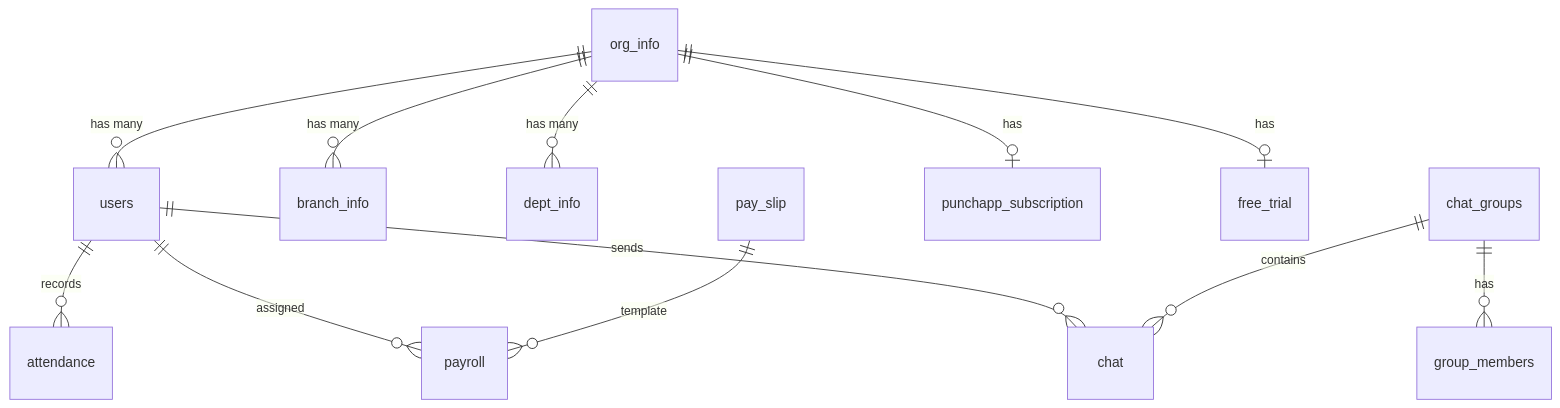
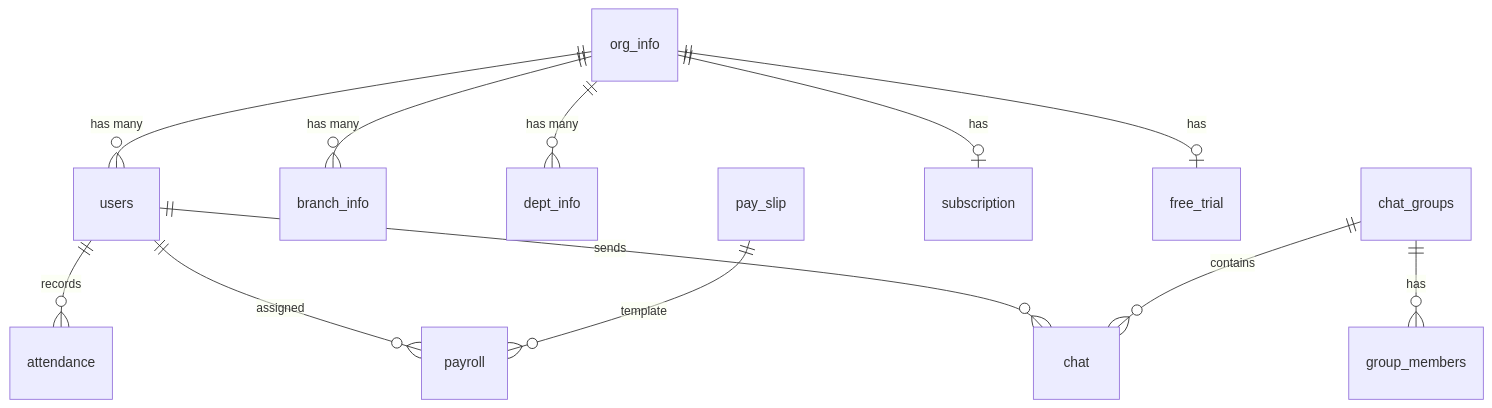
One commit to RagulSAP/clockyn_backend changed the fourth of 6 diagrams in README.md. Above: the diagram before and after it, drawn with Mermaid. The commit also changed other lines of this file and 49 other files, not shown here.

````diff
--- a/README.md
+++ b/README.md
@@ -277,14 +277,14 @@
 ```mermaid
 erDiagram
     org_info ||--o{ users : "has many"
     org_info ||--o{ branch_info : "has many"
     org_info ||--o{ dept_info : "has many"
     users ||--o{ attendance : "records"
     users ||--o{ payroll : "assigned"
     pay_slip ||--o{ payroll : "template"
-    org_info ||--o| punchapp_subscription : "has"
+    org_info ||--o| subscription : "has"
     org_info ||--o| free_trial : "has"
     users ||--o{ chat : "sends"
     chat_groups ||--o{ group_members : "has"
     chat_groups ||--o{ chat : "contains"
 ```
````
